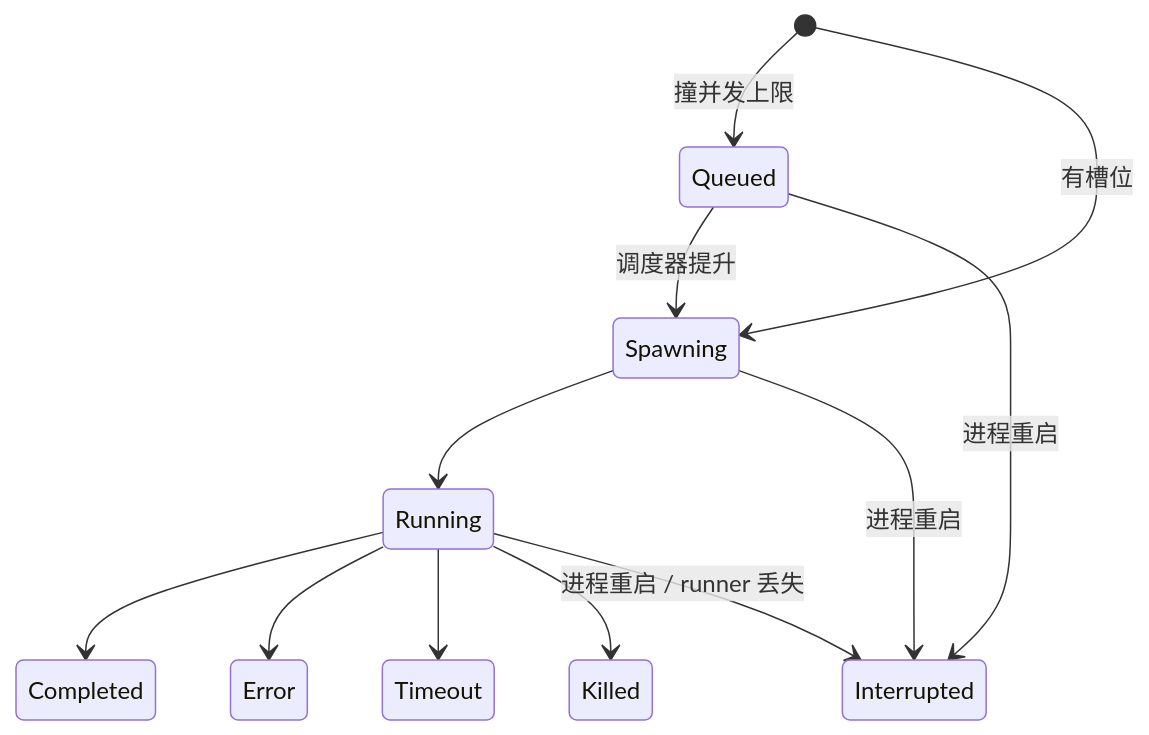
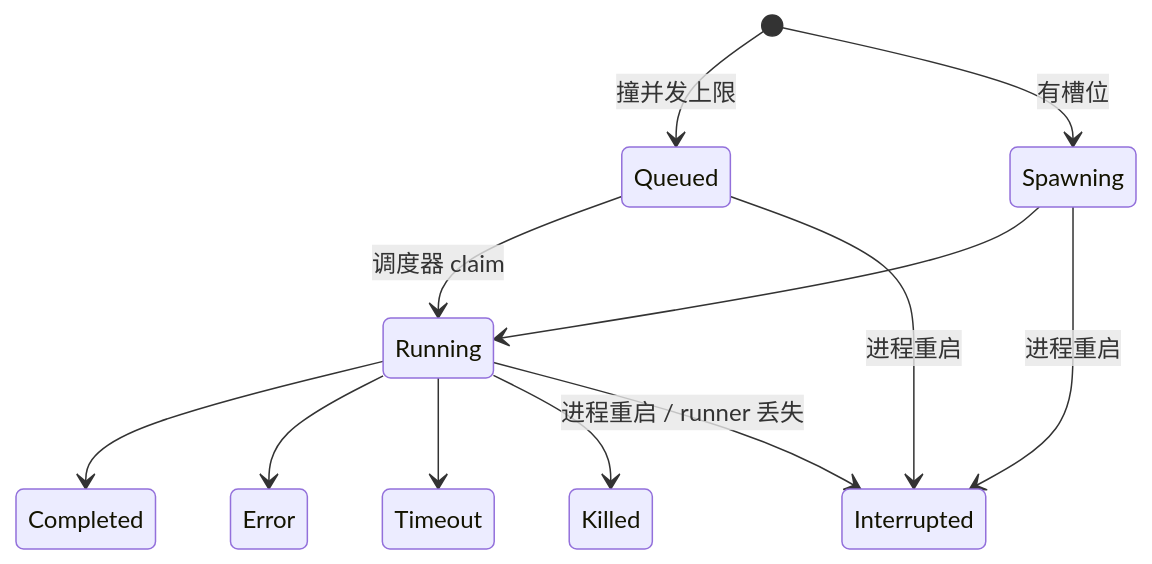
Before and after one commit to gabrielmoreira/agent-skills-mirror: the second of 6 diagrams in mirrors/repos/shiwenwen@hope-agent/docs/architecture/agent/subagent.md, drawn with Mermaid. The commit also changed other lines of this file and 3176 other files, not shown here.

````diff
--- a/mirrors/repos/shiwenwen@hope-agent/docs/architecture/agent/subagent.md
+++ b/mirrors/repos/shiwenwen@hope-agent/docs/architecture/agent/subagent.md
@@ -79,14 +79,14 @@
 ```mermaid
 stateDiagram-v2
     [*] --> Queued: 撞并发上限
     [*] --> Spawning: 有槽位
-    Queued --> Spawning: 调度器提升
+    Queued --> Running: 调度器 claim
     Spawning --> Running
     Running --> Completed
     Running --> Error
     Running --> Timeout
     Running --> Killed
     Queued --> Interrupted: 进程重启
     Spawning --> Interrupted: 进程重启
     Running --> Interrupted: 进程重启 / runner 丢失
 ```
````
